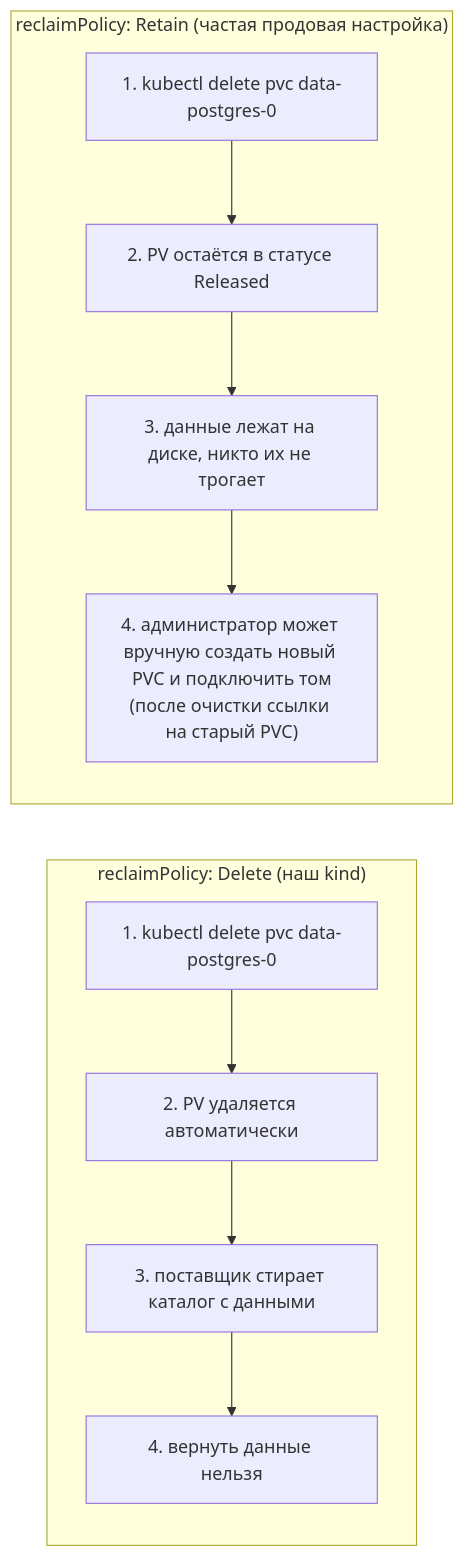
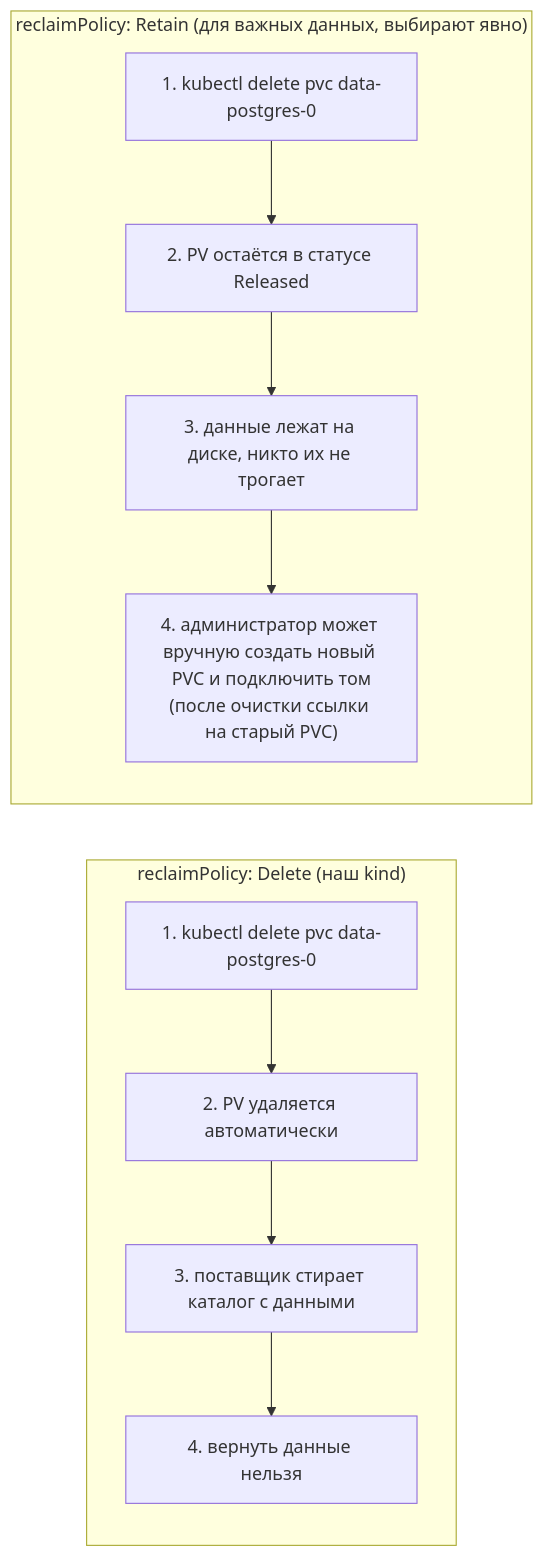
The fourth of 5 diagrams in devops/05-kubernetes/05-storage-statefulset-postgres.md (distinguished-sre/learning), drawn with Mermaid before and after one commit. The commit also changed other lines of this file and 462 other files, not shown here.

````diff
--- a/devops/05-kubernetes/05-storage-statefulset-postgres.md
+++ b/devops/05-kubernetes/05-storage-statefulset-postgres.md
@@ -446,11 +393,11 @@
 ```mermaid
 flowchart LR
     subgraph D["reclaimPolicy: Delete (наш kind)"]
         direction TB
         D1["1. kubectl delete pvc data-postgres-0"] --> D2["2. PV удаляется автоматически"] --> D3["3. поставщик стирает каталог с данными"] --> D4["4. вернуть данные нельзя"]
     end
-    subgraph R["reclaimPolicy: Retain (частая продовая настройка)"]
+    subgraph R["reclaimPolicy: Retain (для важных данных, выбирают явно)"]
         direction TB
         R1["1. kubectl delete pvc data-postgres-0"] --> R2["2. PV остаётся в статусе Released"] --> R3["3. данные лежат на диске, никто их не трогает"] --> R4["4. администратор может вручную создать новый PVC и подключить том<br>(после очистки ссылки на старый PVC)"]
     end
 ```
````
